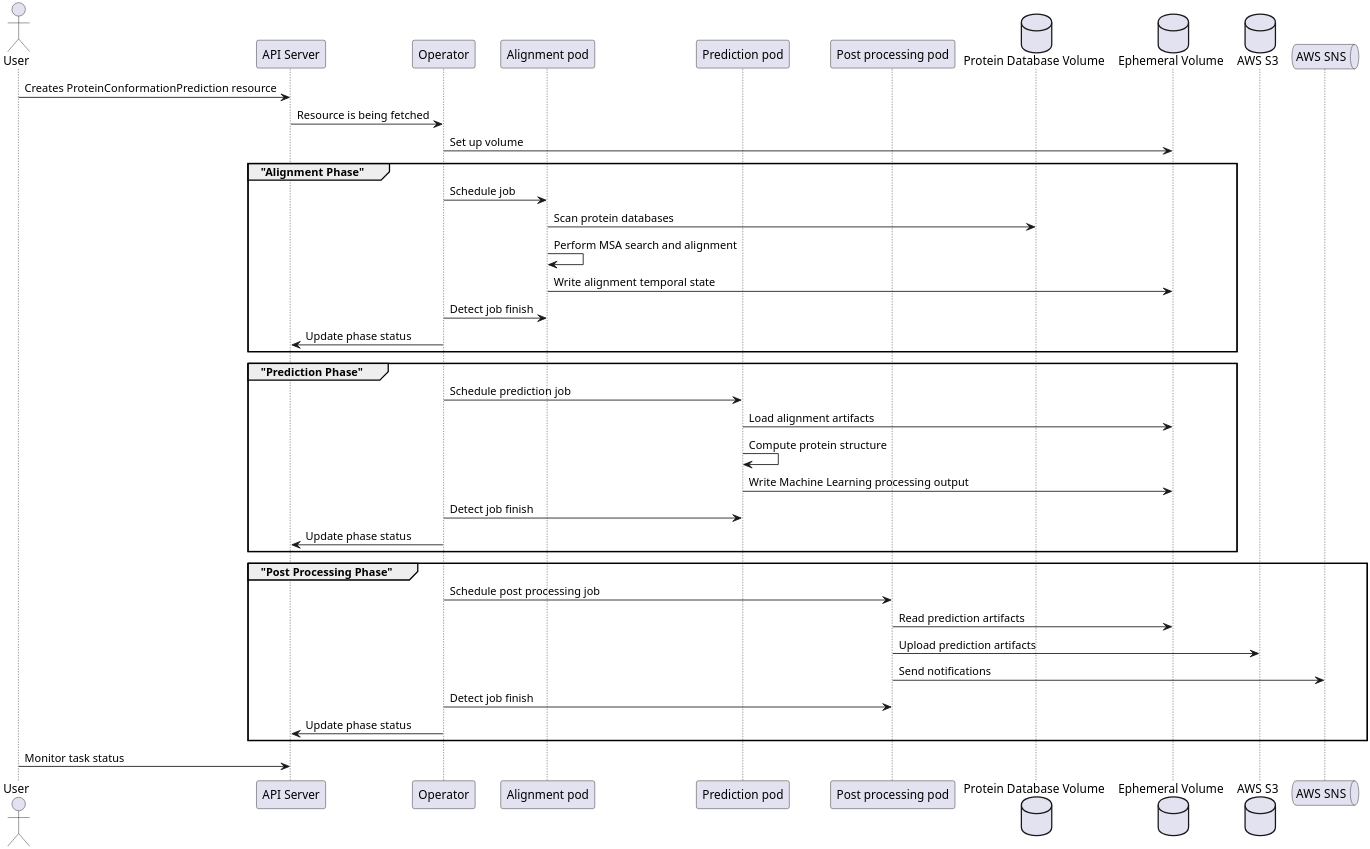
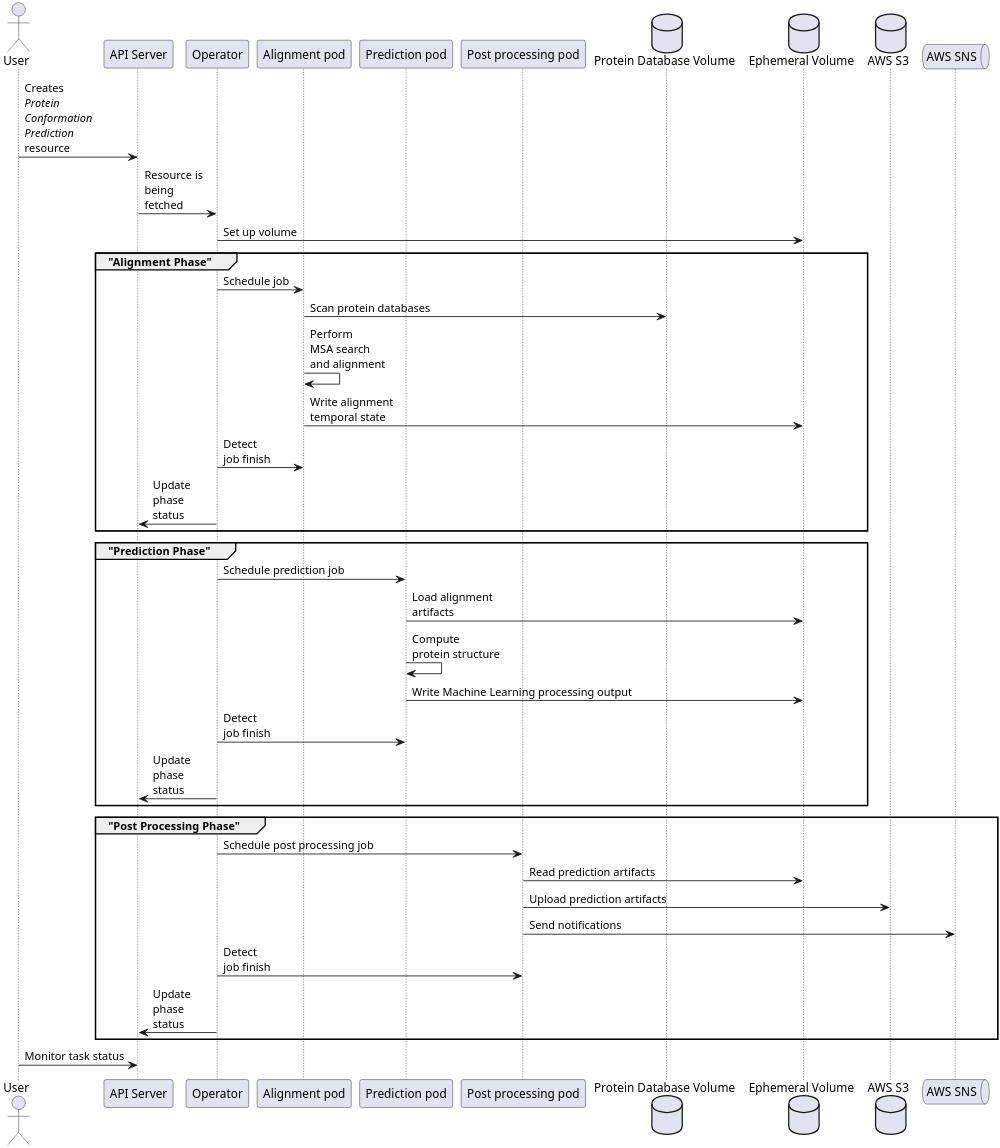
The diagram in uml/proteinconformationprediction_controller.puml (kubefold/thesis-text), drawn with PlantUML before and after one commit. The commit also changed 3 other files, not shown here.

Commit message:
fix: improve formatting and readability in UML sequence diagrams

```diff
--- a/uml/proteinconformationprediction_controller.puml
+++ b/uml/proteinconformationprediction_controller.puml
@@ -1,45 +1,45 @@
 @startuml
 
 skinparam dpi 300
 
 actor User as user
 participant "API Server" as api
 participant Operator as operator
 participant "Alignment pod" as alignmentPod
 participant "Prediction pod" as predictionPod
 participant "Post processing pod" as postProcessingPod
 database "Protein Database Volume" as dbVolume
 database "Ephemeral Volume" as tmpVolume
 database "AWS S3" as s3
 queue "AWS SNS" as sns
 
-user -> api : Creates ProteinConformationPrediction resource
-api -> operator : Resource is being fetched
+user -> api : Creates\n//Protein//\n//Conformation//\n//Prediction//\nresource
+api -> operator : Resource is\nbeing\nfetched
 operator -> tmpVolume : Set up volume
 group "Alignment Phase"
 operator -> alignmentPod : Schedule job
 alignmentPod -> dbVolume : Scan protein databases
-alignmentPod -> alignmentPod : Perform MSA search and alignment
-alignmentPod -> tmpVolume : Write alignment temporal state
-operator -> alignmentPod : Detect job finish
-operator -> api : Update phase status
+alignmentPod -> alignmentPod : Perform\nMSA search\nand alignment
+alignmentPod -> tmpVolume : Write alignment\ntemporal state
+operator -> alignmentPod : Detect\njob finish
+operator -> api : Update\nphase\nstatus
 end
 group "Prediction Phase"
 operator -> predictionPod : Schedule prediction job
-predictionPod -> tmpVolume : Load alignment artifacts
-predictionPod -> predictionPod : Compute protein structure
+predictionPod -> tmpVolume : Load alignment\nartifacts
+predictionPod -> predictionPod : Compute\nprotein structure
 predictionPod -> tmpVolume : Write Machine Learning processing output
-operator -> predictionPod : Detect job finish
-operator -> api : Update phase status
+operator -> predictionPod : Detect\njob finish
+operator -> api : Update\nphase\nstatus
 end
 group "Post Processing Phase"
 operator -> postProcessingPod : Schedule post processing job
 postProcessingPod -> tmpVolume : Read prediction artifacts
 postProcessingPod -> s3 : Upload prediction artifacts
 postProcessingPod -> sns : Send notifications
-operator -> postProcessingPod : Detect job finish
-operator -> api : Update phase status
+operator -> postProcessingPod : Detect\njob finish
+operator -> api : Update\nphase\nstatus
 end
 user -> api : Monitor task status
 
 @enduml
```
